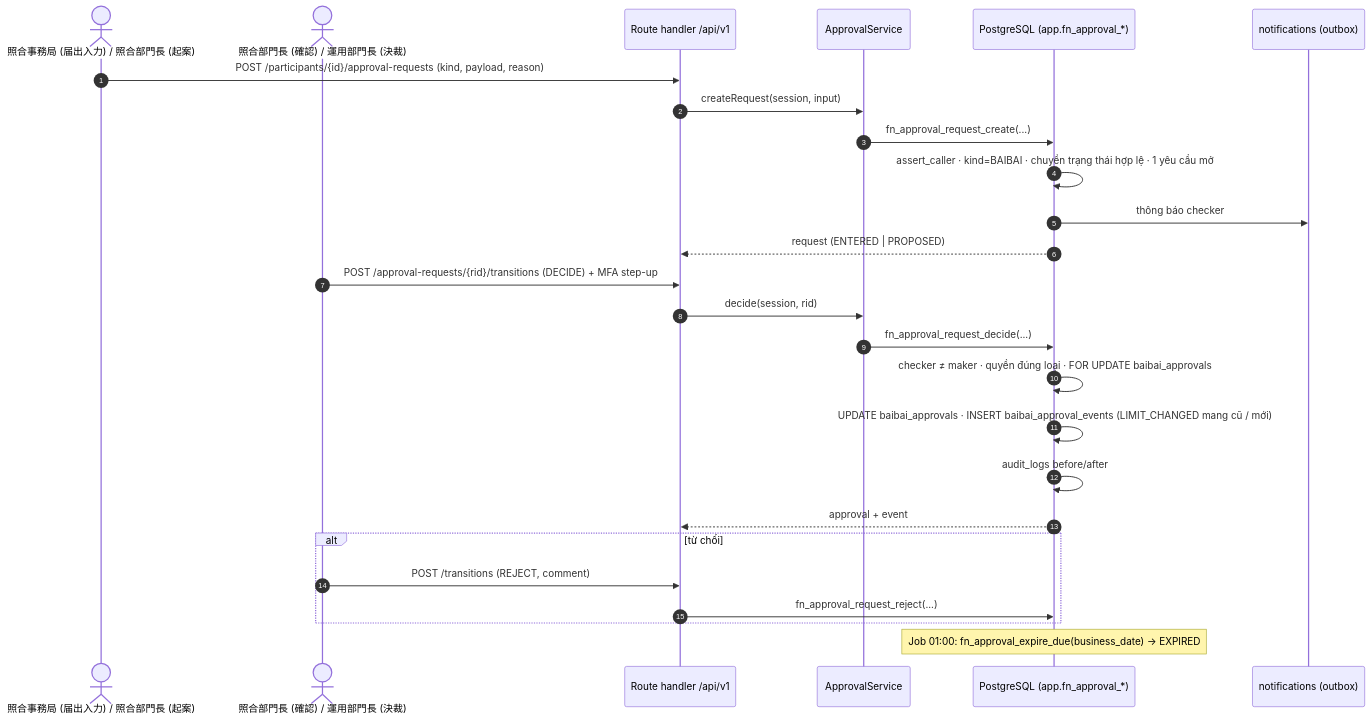
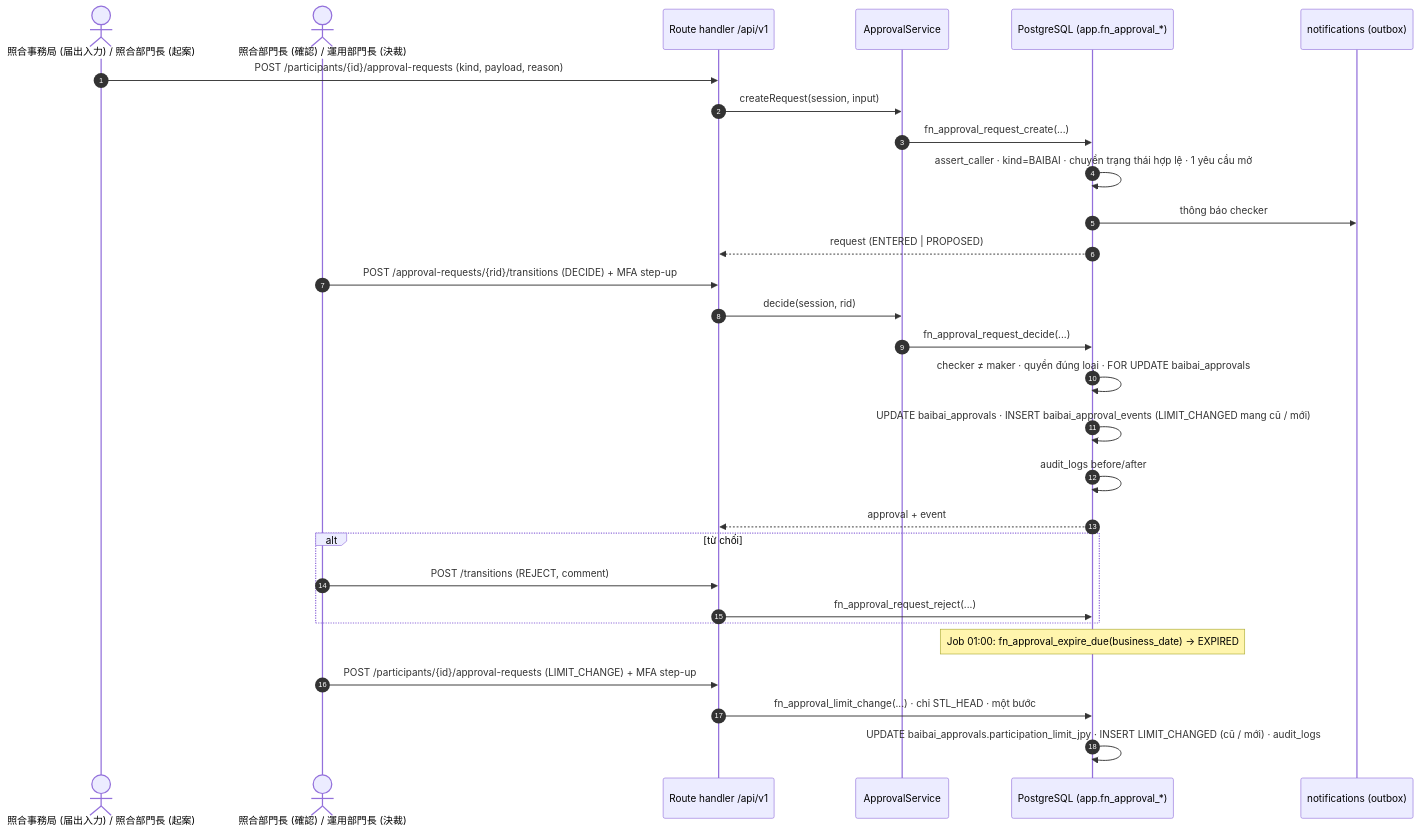
Before and after one commit to phuongnnm-23344/lab-wholesale-market: the diagram in specs/party/technical-design/PTY_APPROVAL_LIFECYCLE_TECH.md, drawn with Mermaid. The commit also changed other lines of this file and 36 other files, not shown here.

````diff
--- a/specs/party/technical-design/PTY_APPROVAL_LIFECYCLE_TECH.md
+++ b/specs/party/technical-design/PTY_APPROVAL_LIFECYCLE_TECH.md
@@ -35,29 +36,32 @@
 ```mermaid
 sequenceDiagram
     autonumber
     actor M as 照合事務局 (届出入力) / 照合部門長 (起案)
     actor C as 照合部門長 (確認) / 運用部門長 (決裁)
     participant API as Route handler /api/v1
     participant ApprovalService
     participant DB as PostgreSQL (app.fn_approval_*)
     participant N as notifications (outbox)
 
     M->>API: POST /participants/{id}/approval-requests (kind, payload, reason)
     API->>ApprovalService: createRequest(session, input)
     ApprovalService->>DB: fn_approval_request_create(...)
     DB->>DB: assert_caller · kind=BAIBAI · chuyển trạng thái hợp lệ · 1 yêu cầu mở
     DB->>N: thông báo checker
     DB-->>API: request (ENTERED | PROPOSED)
     C->>API: POST /approval-requests/{rid}/transitions (DECIDE) + MFA step-up
     API->>ApprovalService: decide(session, rid)
     ApprovalService->>DB: fn_approval_request_decide(...)
     DB->>DB: checker ≠ maker · quyền đúng loại · FOR UPDATE baibai_approvals
     DB->>DB: UPDATE baibai_approvals · INSERT baibai_approval_events (LIMIT_CHANGED mang cũ / mới)
     DB->>DB: audit_logs before/after
     DB-->>API: approval + event
     alt từ chối
         C->>API: POST /transitions (REJECT, comment)
         API->>DB: fn_approval_request_reject(...)
     end
     Note over DB: Job 01:00: fn_approval_expire_due(business_date) → EXPIRED
+    C->>API: POST /participants/{id}/approval-requests (LIMIT_CHANGE) + MFA step-up
+    API->>DB: fn_approval_limit_change(...) · chỉ STL_HEAD · một bước
+    DB->>DB: UPDATE baibai_approvals.participation_limit_jpy · INSERT LIMIT_CHANGED (cũ / mới) · audit_logs
 ```
````
